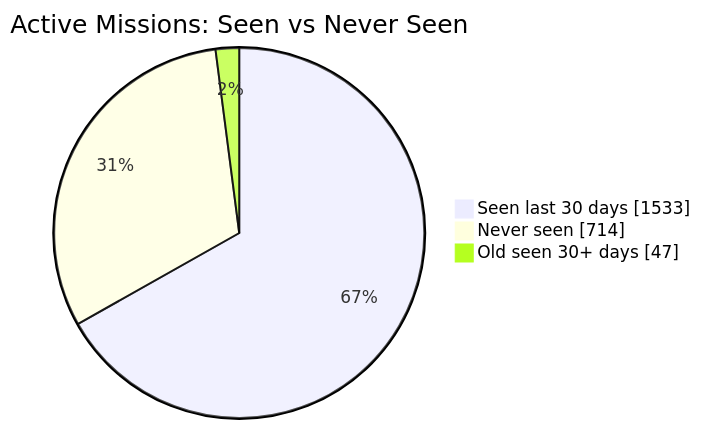
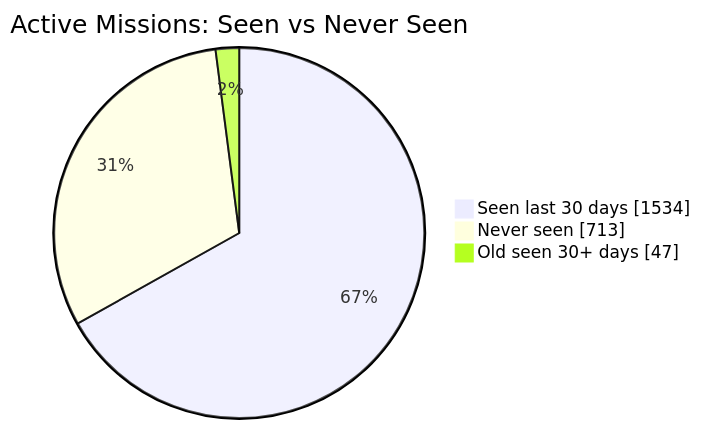
The first of 2 diagrams in README.md (MeldkamerspelGameTeam/active-missions), drawn with Mermaid before and after one commit. The commit also changed other lines of this file and 2 other files, not shown here.

````diff
--- a/README.md
+++ b/README.md
@@ -34,7 +34,7 @@
 ```mermaid
 pie showData
     title Active Missions: Seen vs Never Seen
-    "Seen last 30 days" : 1533
-    "Never seen" : 714
+    "Seen last 30 days" : 1534
+    "Never seen" : 713
     "Old seen 30+ days" : 47
 ```
````
